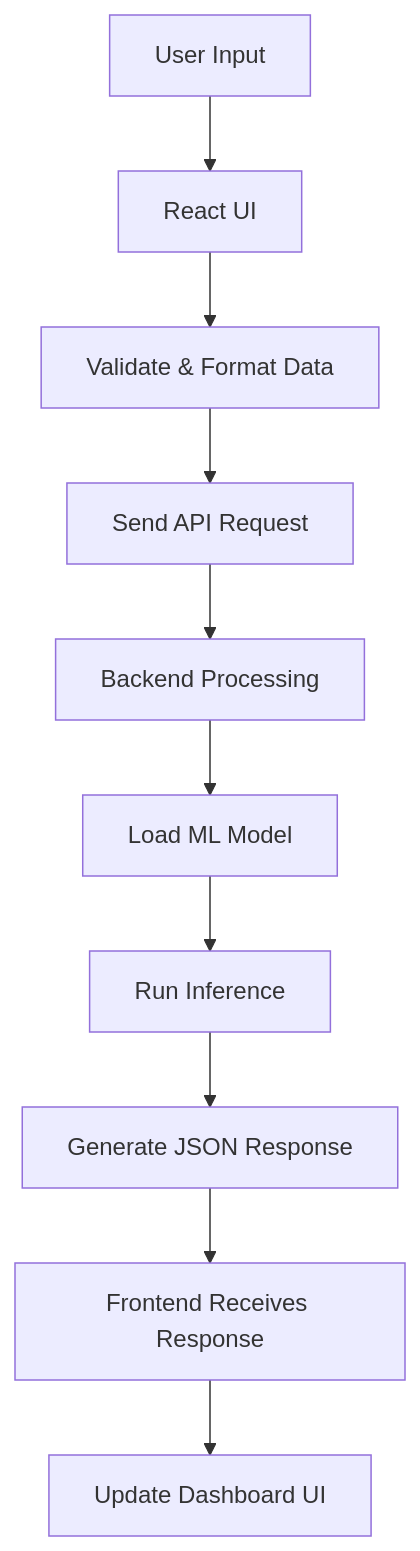
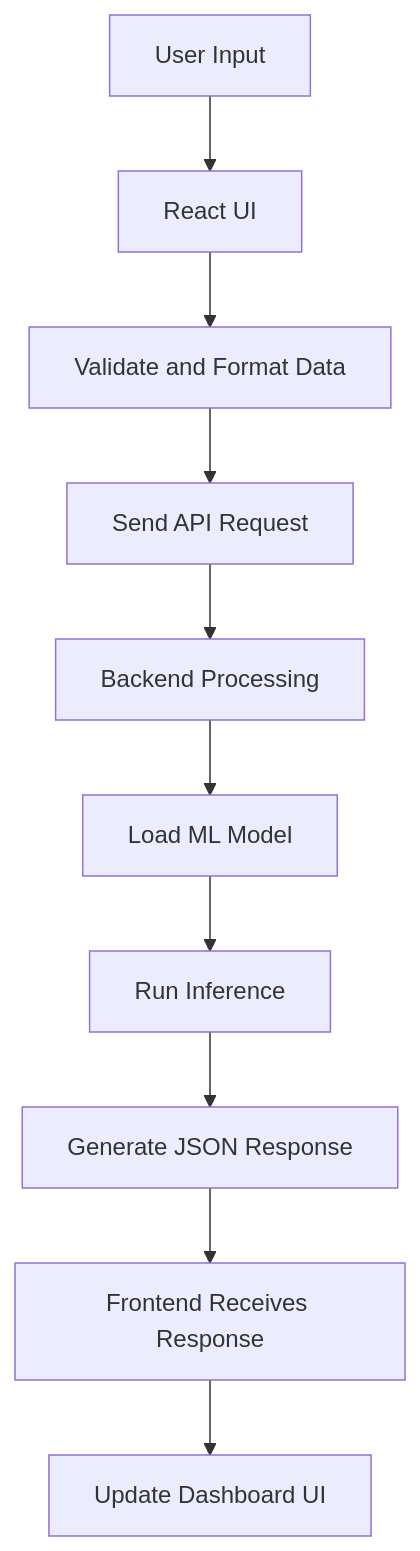
One commit to shanky-ux/OrbitXOS changed the second of 4 diagrams in README.md. Above: the diagram before and after it, drawn with Mermaid. The commit also changed other lines of this file, not shown here.

````diff
--- a/README.md
+++ b/README.md
@@ -58,13 +58,13 @@
 ```mermaid
 flowchart TD
 
     A[User Input] --> B[React UI]
-    B --> C[Validate & Format Data]
+    B --> C[Validate and Format Data]
     C --> D[Send API Request]
     D --> E[Backend Processing]
     E --> F[Load ML Model]
     F --> G[Run Inference]
     G --> H[Generate JSON Response]
     H --> I[Frontend Receives Response]
     I --> J[Update Dashboard UI]
 ```
````
